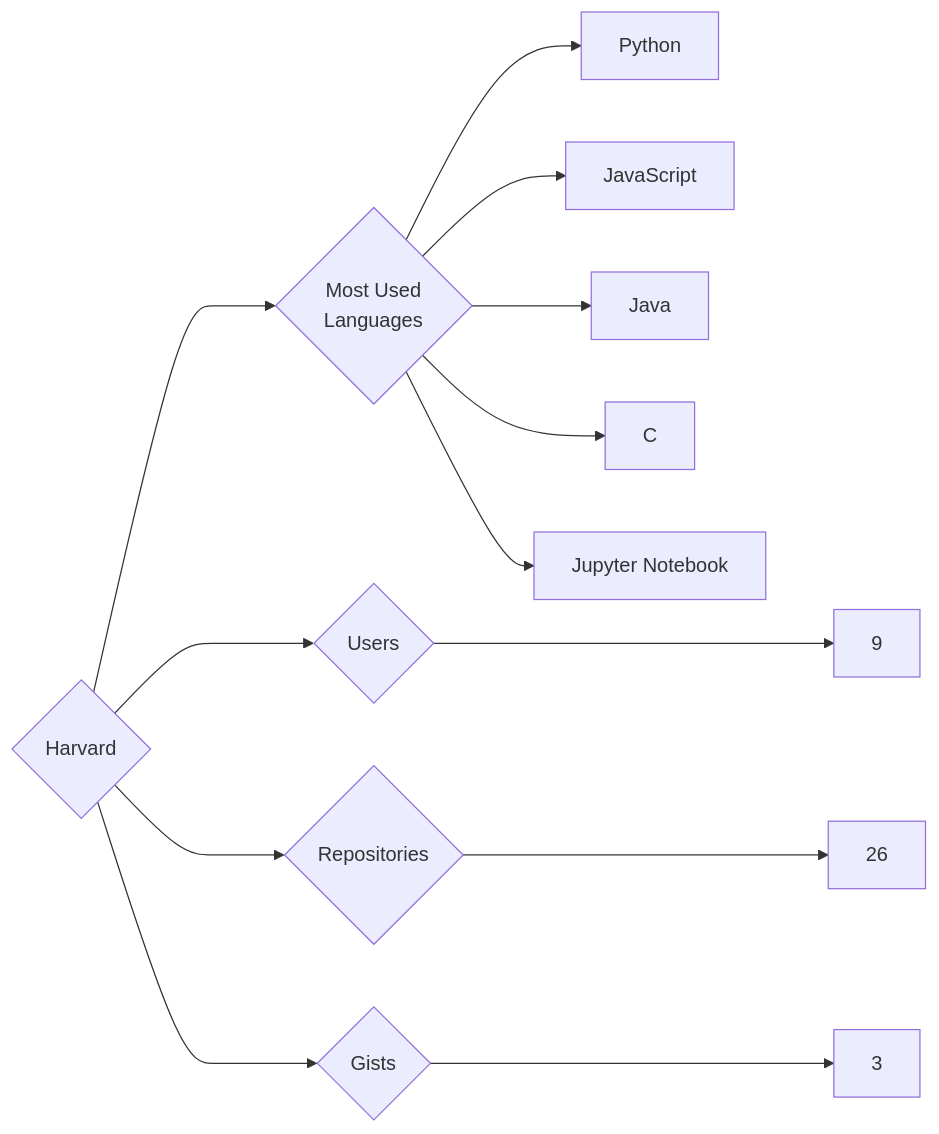
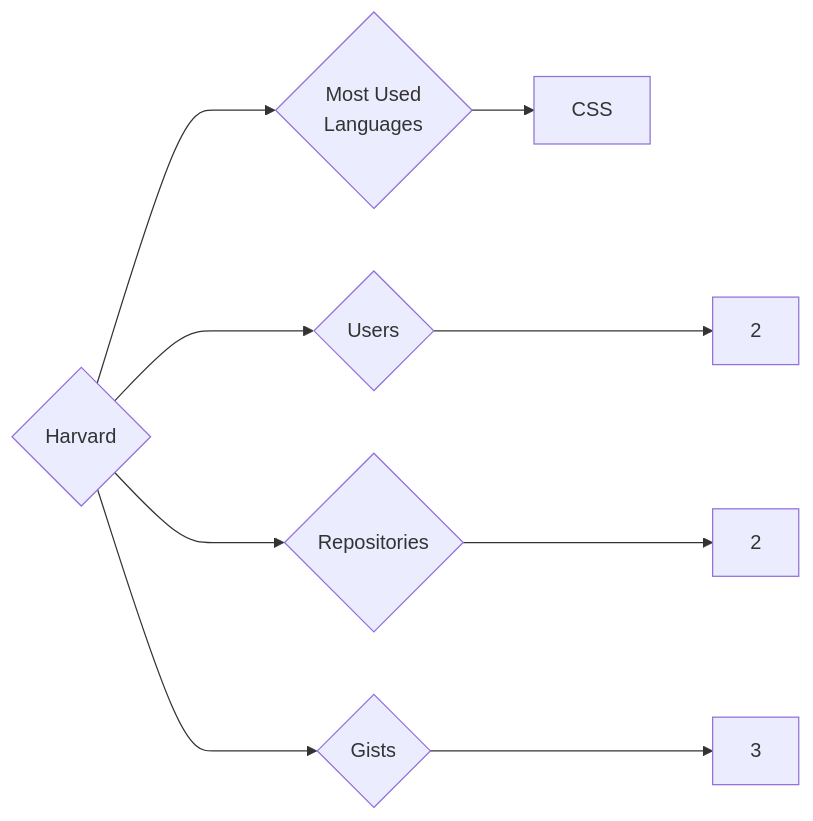
Before and after one commit to trickest/insiders: the diagram in targets/Harvard/README.md, drawn with Mermaid. The commit also changed 840 other files, not shown here.

````diff
--- a/targets/Harvard/README.md
+++ b/targets/Harvard/README.md
@@ -3,13 +3,9 @@
 ```mermaid
 graph LR
 COMPANY_NAME{Harvard}
-COMPANY_NAME ---> U{Users} ---> UN[9]
-COMPANY_NAME ---> R{Repositories} ---> RN[26]
+COMPANY_NAME ---> U{Users} ---> UN[2]
+COMPANY_NAME ---> R{Repositories} ---> RN[2]
 COMPANY_NAME ---> G{Gists} ---> GN[3]
 COMPANY_NAME ---> ML{Most Used<br>Languages}
-ML --> Python[Python]
-ML --> JavaScript[JavaScript]
-ML --> Java[Java]
-ML --> C[C]
-ML --> Jupyter_Notebook[Jupyter Notebook]
+ML --> CSS[CSS]
 ```
````
